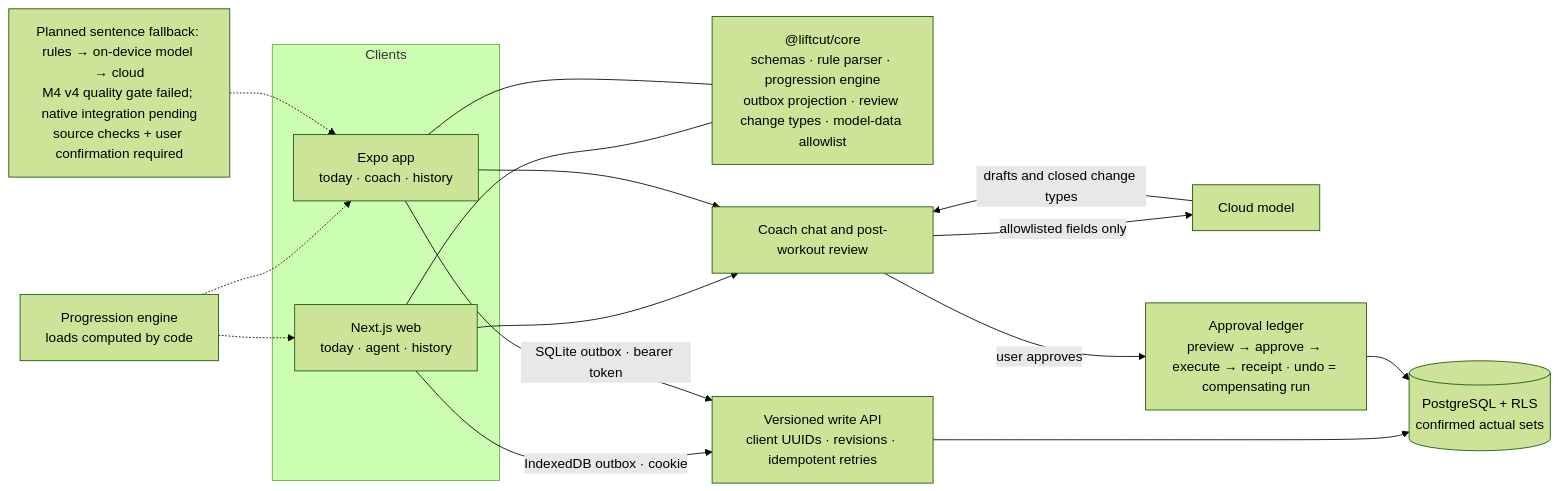
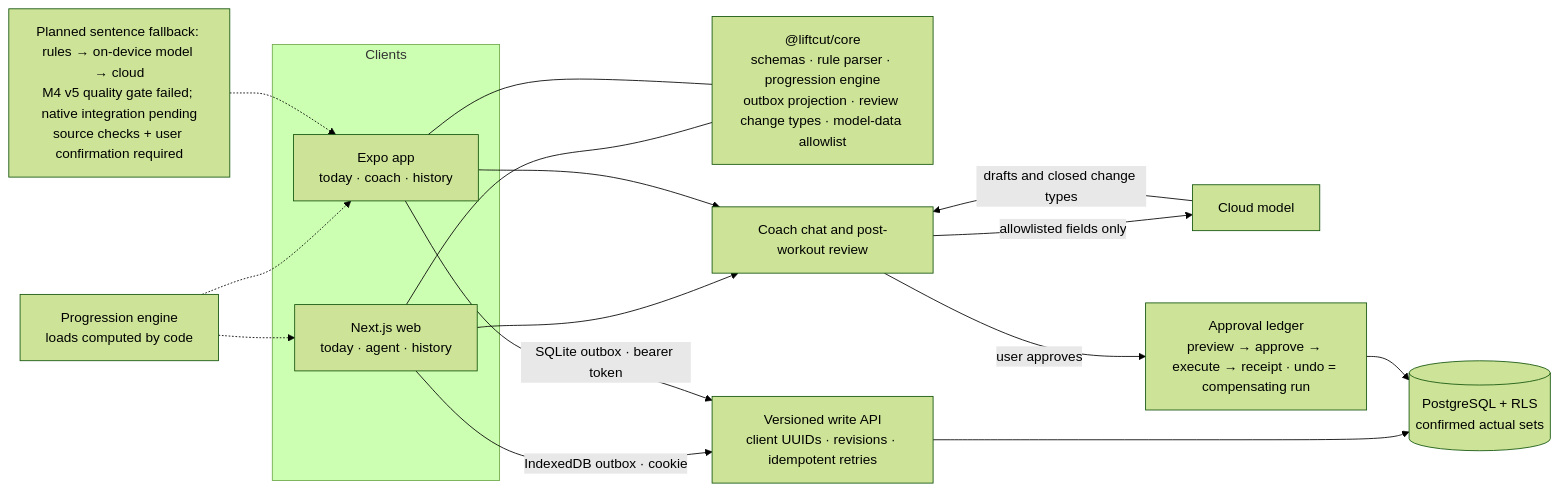
The second of 2 diagrams in README.md (Townzc/liftcut-tracker), drawn with Mermaid (forest theme) before and after one commit. The commit also changed other lines of this file and 19 other files, not shown here.

````diff
--- a/README.md
+++ b/README.md
@@ -122,21 +122,21 @@
 ```mermaid
 flowchart LR
   subgraph Clients
     Web["Next.js web<br/>today · agent · history"]
     Mobile["Expo app<br/>today · coach · history"]
   end
   Core["@liftcut/core<br/>schemas · rule parser · progression engine<br/>outbox projection · review change types · model-data allowlist"]
   Web --- Core
   Mobile --- Core
   Web -->|"IndexedDB outbox · cookie"| API["Versioned write API<br/>client UUIDs · revisions · idempotent retries"]
   Mobile -->|"SQLite outbox · bearer token"| API
   API --> DB[("PostgreSQL + RLS<br/>confirmed actual sets")]
   Web & Mobile --> Coach["Coach chat and post-workout review"]
   Coach -->|"allowlisted fields only"| Model["Cloud model"]
   Model -->|"drafts and closed change types"| Coach
   Coach -->|"user approves"| Ledger["Approval ledger<br/>preview → approve → execute → receipt · undo = compensating run"]
   Ledger --> DB
   Engine["Progression engine<br/>loads computed by code"] -.-> Web
   Engine -.-> Mobile
-  Parser["Planned sentence fallback: rules → on-device model → cloud<br/>M4 v4 quality gate failed; native integration pending<br/>source checks + user confirmation required"] -.-> Mobile
+  Parser["Planned sentence fallback: rules → on-device model → cloud<br/>M4 v5 quality gate failed; native integration pending<br/>source checks + user confirmation required"] -.-> Mobile
 ```
````
